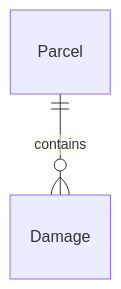
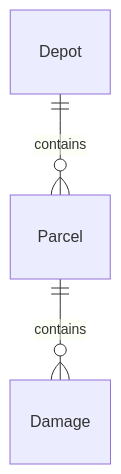
The first of 8 diagrams in internal/e2e/fixture/fixture.model.md (nicklanng/dynago), drawn with Mermaid before and after one commit. The commit also changed other lines of this file and 22 other files, not shown here.

````diff
--- a/internal/e2e/fixture/fixture.model.md
+++ b/internal/e2e/fixture/fixture.model.md
@@ -34,4 +35,5 @@
 ```mermaid
 erDiagram
+  Depot ||--o{ Parcel : "contains"
   Parcel ||--o{ Damage : "contains"
 ```
````
